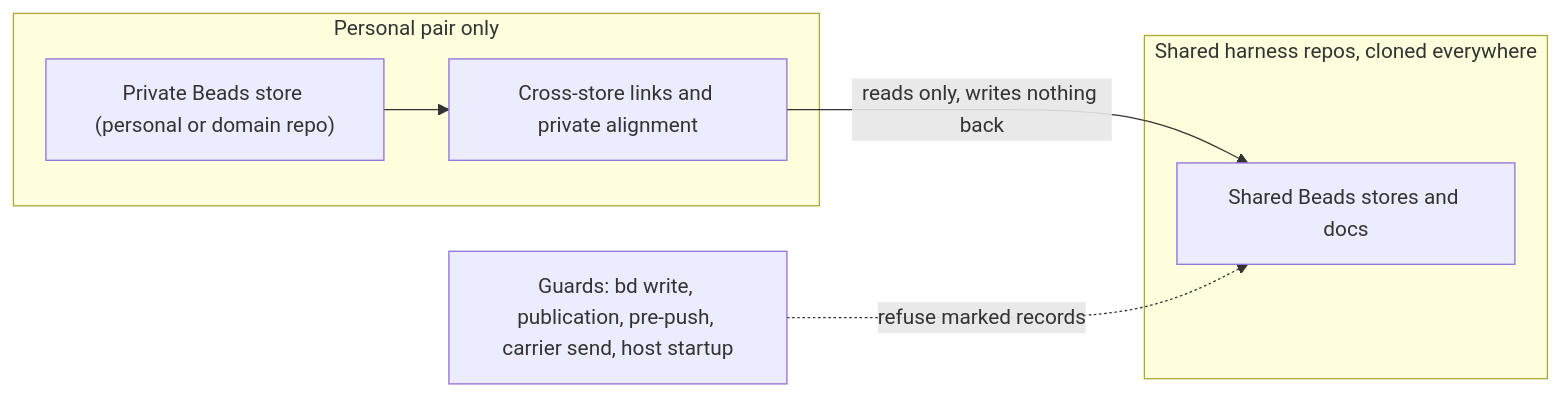
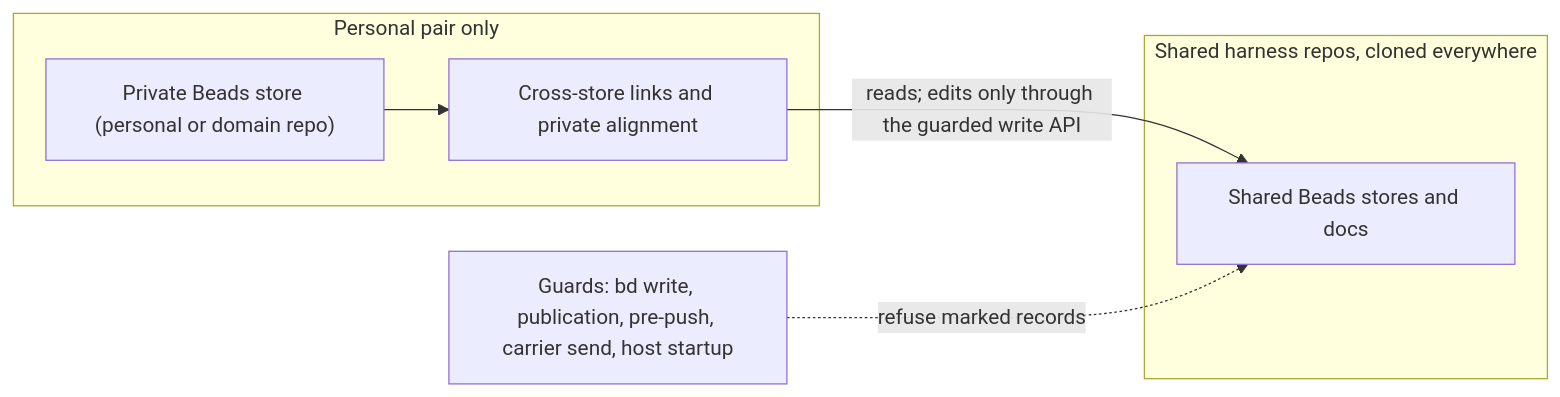
Before and after one commit to sergeiwallace/beads-ui: the second of 2 diagrams in docs/research/goals-system.md, drawn with Mermaid. The commit also changed other lines of this file and 14 other files, not shown here.

````diff
--- a/docs/research/goals-system.md
+++ b/docs/research/goals-system.md
@@ -285,13 +289,13 @@
 ```mermaid
 flowchart LR
   subgraph personal["Personal pair only"]
     P["Private Beads store (personal or domain repo)"]
     L["Cross-store links and private alignment"]
   end
   subgraph shared["Shared harness repos, cloned everywhere"]
     S["Shared Beads stores and docs"]
   end
   P --> L
-  L -->|"reads only, writes nothing back"| S
+  L -->|"reads; edits only through the guarded write API"| S
   G["Guards: bd write, publication, pre-push, carrier send, host startup"] -.->|refuse marked records| S
 ```
````
